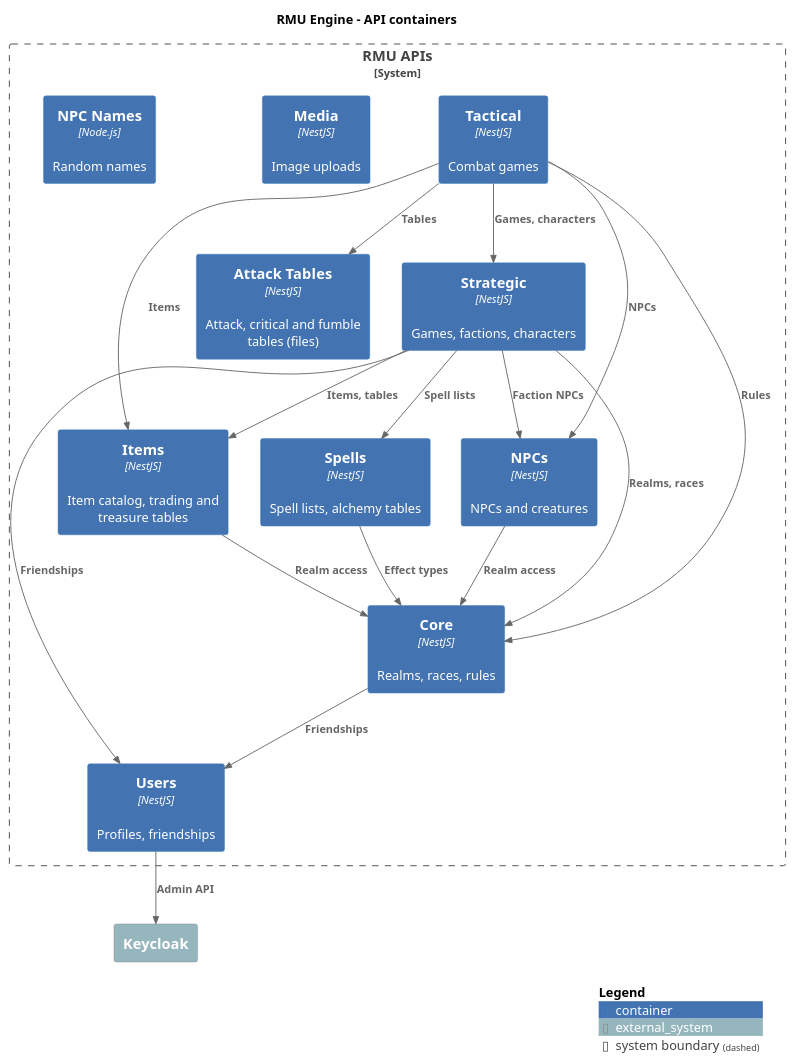
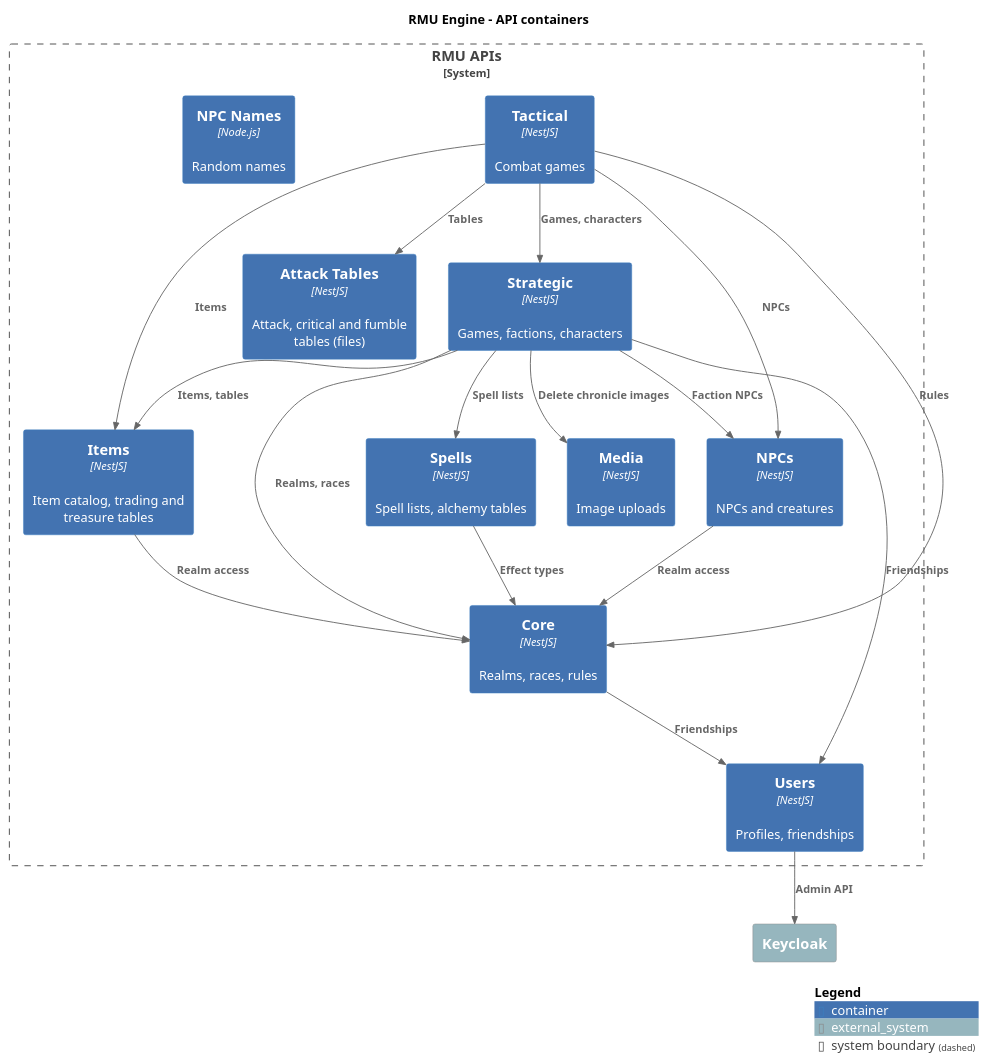
The diagram in docs/diagrams/c4-containers-apis.plantuml (labcabrera/rmu-platform), drawn with PlantUML before and after one commit. The commit also changed 3 other files, not shown here.

Commit message:
feat: strategic calls media for the chronicle images

```diff
--- a/docs/diagrams/c4-containers-apis.plantuml
+++ b/docs/diagrams/c4-containers-apis.plantuml
@@ -1,41 +1,42 @@
 @startuml c4-containers-apis
 title RMU Engine - API containers
 
 !include https://raw.githubusercontent.com/plantuml-stdlib/C4-PlantUML/master/C4_Container.puml
 
 UpdateElementStyle(container, $bgColor="#4373b1ff")
 UpdateElementStyle(external_system, $bgColor="#96b6beff")
 
 System_Boundary(rmu, "RMU APIs") {
     Container(tactical, "Tactical", "NestJS", "Combat games")
     Container(strategic, "Strategic", "NestJS", "Games, factions, characters")
     Container(attack_tables, "Attack Tables", "NestJS", "Attack, critical and fumble tables (files)")
     Container(items, "Items", "NestJS", "Item catalog, trading and treasure tables")
     Container(npcs, "NPCs", "NestJS", "NPCs and creatures")
     Container(spells, "Spells", "NestJS", "Spell lists, alchemy tables")
     Container(core, "Core", "NestJS", "Realms, races, rules")
     Container(users, "Users", "NestJS", "Profiles, friendships")
     Container(media, "Media", "NestJS", "Image uploads")
     Container(npc_names, "NPC Names", "Node.js", "Random names")
 }
 
 System_Ext(keycloak, "Keycloak")
 
 Rel(tactical, strategic, "Games, characters")
 Rel(tactical, attack_tables, "Tables")
 Rel(tactical, items, "Items")
 Rel(tactical, npcs, "NPCs")
 Rel(tactical, core, "Rules")
 Rel(strategic, items, "Items, tables")
 Rel(strategic, spells, "Spell lists")
 Rel(strategic, npcs, "Faction NPCs")
 Rel(strategic, core, "Realms, races")
 Rel(strategic, users, "Friendships")
+Rel(strategic, media, "Delete chronicle images")
 Rel(items, core, "Realm access")
 Rel(npcs, core, "Realm access")
 Rel(spells, core, "Effect types")
 Rel(core, users, "Friendships")
 Rel(users, keycloak, "Admin API")
 
 SHOW_LEGEND()
 @enduml
```
